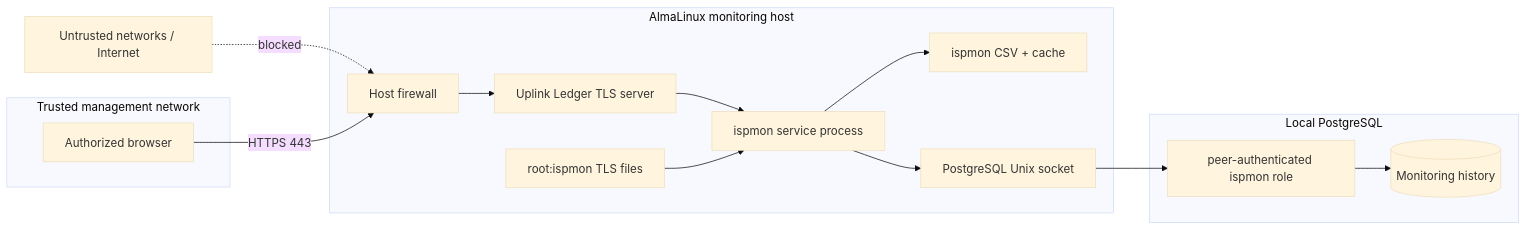
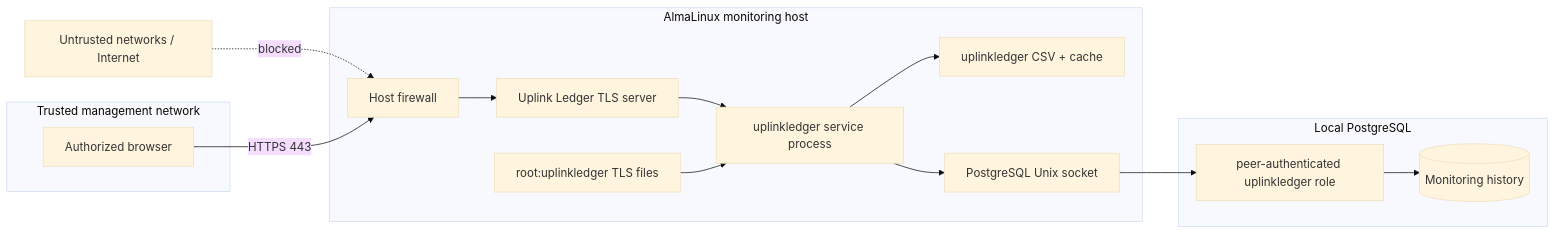
The diagram in docs/security.md (jodytripp/uplink-ledger), drawn with Mermaid (base theme) before and after one commit. The commit also changed other lines of this file and 18 other files, not shown here.

````diff
--- a/docs/security.md
+++ b/docs/security.md
@@ -12,30 +12,30 @@
 ```mermaid
 flowchart LR
     subgraph Trusted["Trusted management network"]
         B["Authorized browser"]
     end
 
     subgraph Host["AlmaLinux monitoring host"]
         FW["Host firewall"]
         TLS["Uplink Ledger TLS server"]
-        SVC["ispmon service process"]
-        FILES["root:ispmon TLS files"]
-        DATA["ispmon CSV + cache"]
+        SVC["uplinkledger service process"]
+        FILES["root:uplinkledger TLS files"]
+        DATA["uplinkledger CSV + cache"]
         SOCK["PostgreSQL Unix socket"]
     end
 
     subgraph Database["Local PostgreSQL"]
-        PGROLE["peer-authenticated ispmon role"]
+        PGROLE["peer-authenticated uplinkledger role"]
         PGDATA[("Monitoring history")]
     end
 
     UNTRUST["Untrusted networks / Internet"] -. "blocked" .-> FW
     B -- "HTTPS 443" --> FW
     FW --> TLS
     TLS --> SVC
     FILES --> SVC
     SVC --> DATA
     SVC --> SOCK
     SOCK --> PGROLE
     PGROLE --> PGDATA
 ```
````
